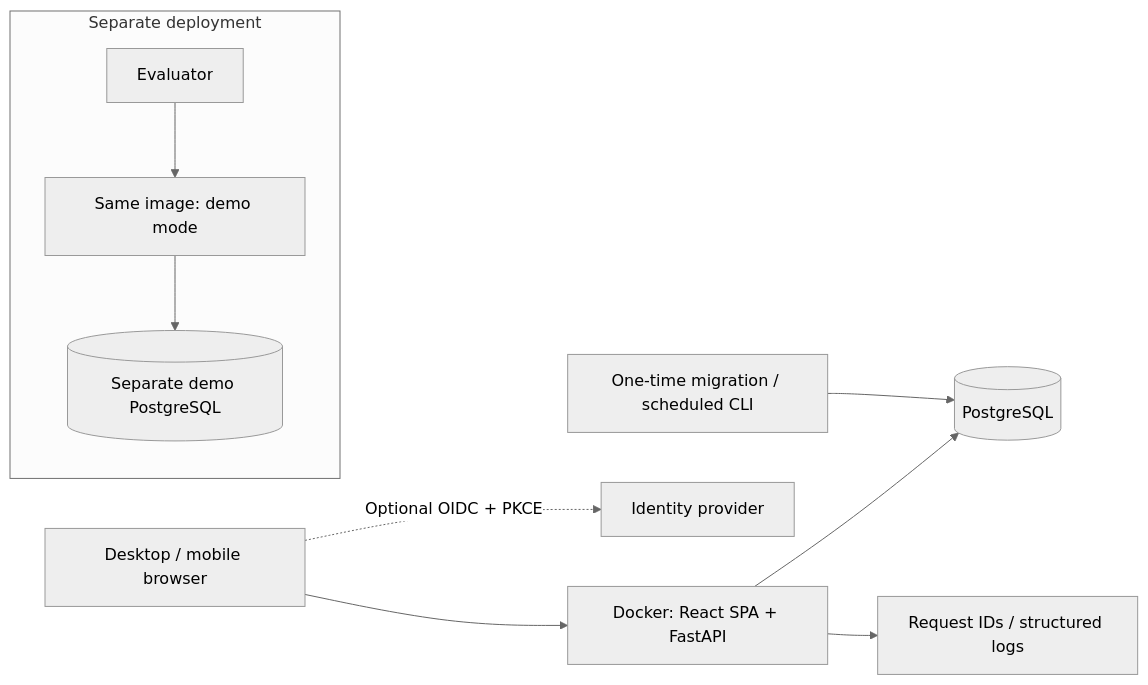
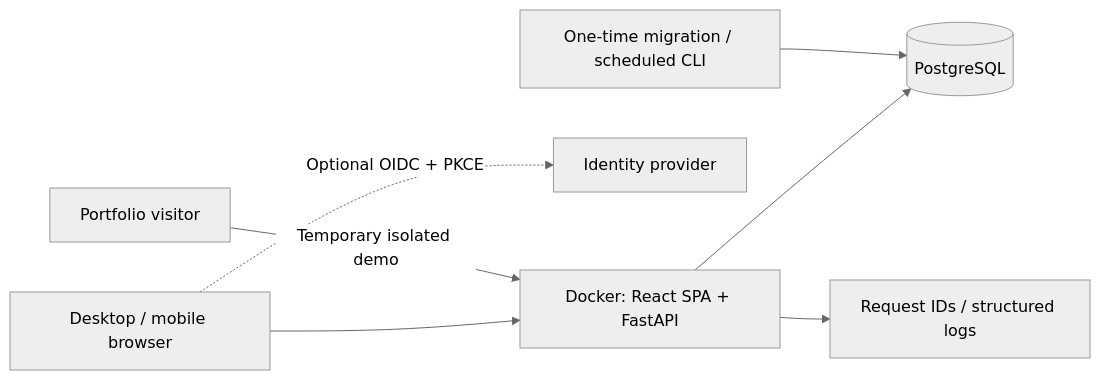
One commit to Hugueninfer/orbit changed the diagram in README.md. Above: the diagram before and after it, drawn with Mermaid (neutral theme). The commit also changed other lines of this file and 38 other files, not shown here.

Commit message:
feat: unify personal accounts and isolated demos in one deployment

````diff
--- a/README.md
+++ b/README.md
@@ -64,12 +70,9 @@
 ```mermaid
 flowchart LR
   Browser[Desktop / mobile browser] --> App[Docker: React SPA + FastAPI]
   Browser -.->|Optional OIDC + PKCE| Identity[Identity provider]
   App --> DB[(PostgreSQL)]
   App --> Logs[Request IDs / structured logs]
   Job[One-time migration / scheduled CLI] --> DB
-  subgraph Separate deployment
-    DemoBrowser[Evaluator] --> Demo[Same image: demo mode]
-    Demo --> DemoDB[(Separate demo PostgreSQL)]
-  end
+  Evaluator[Portfolio visitor] -->|Temporary isolated demo| App
 ```
````
